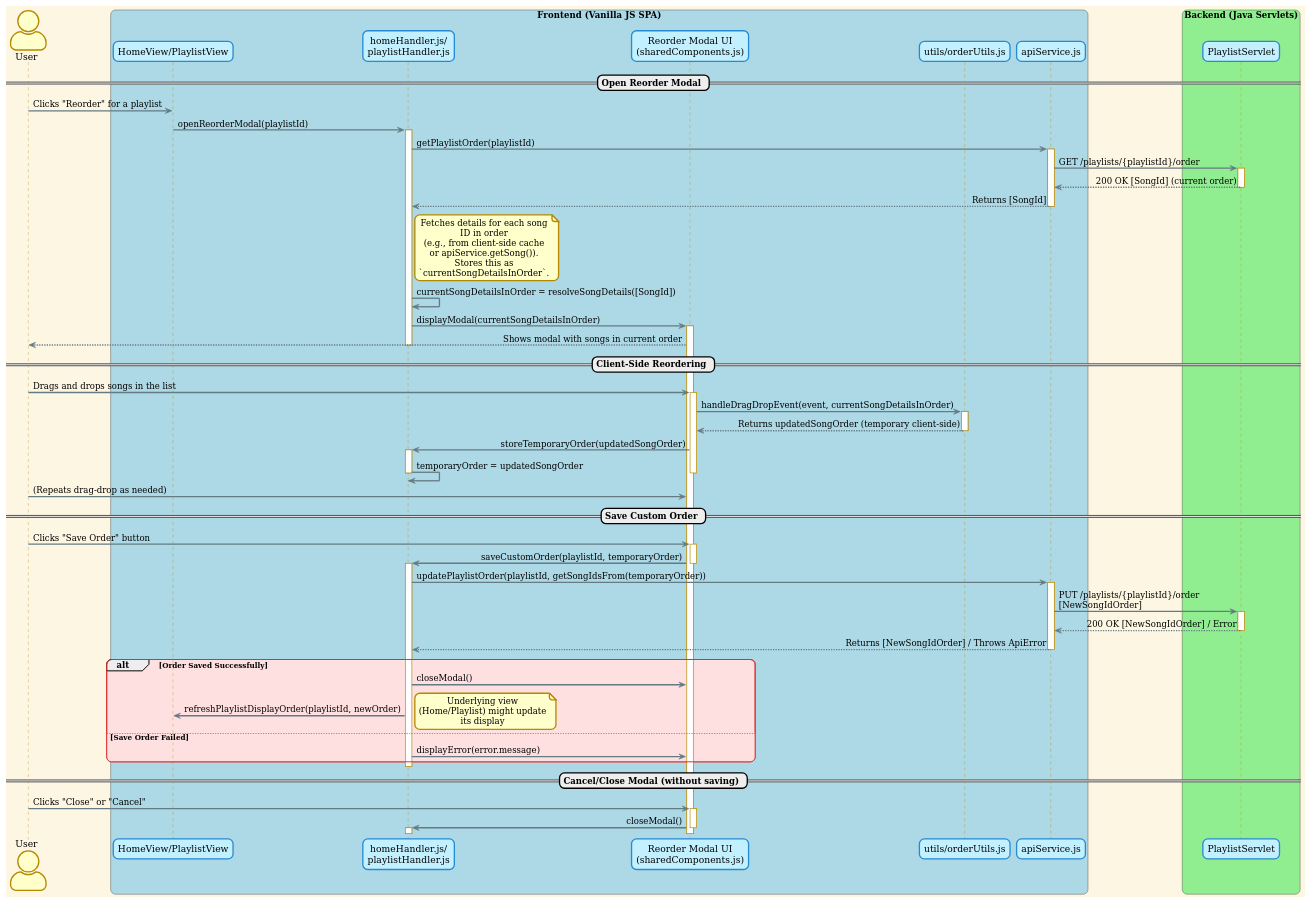
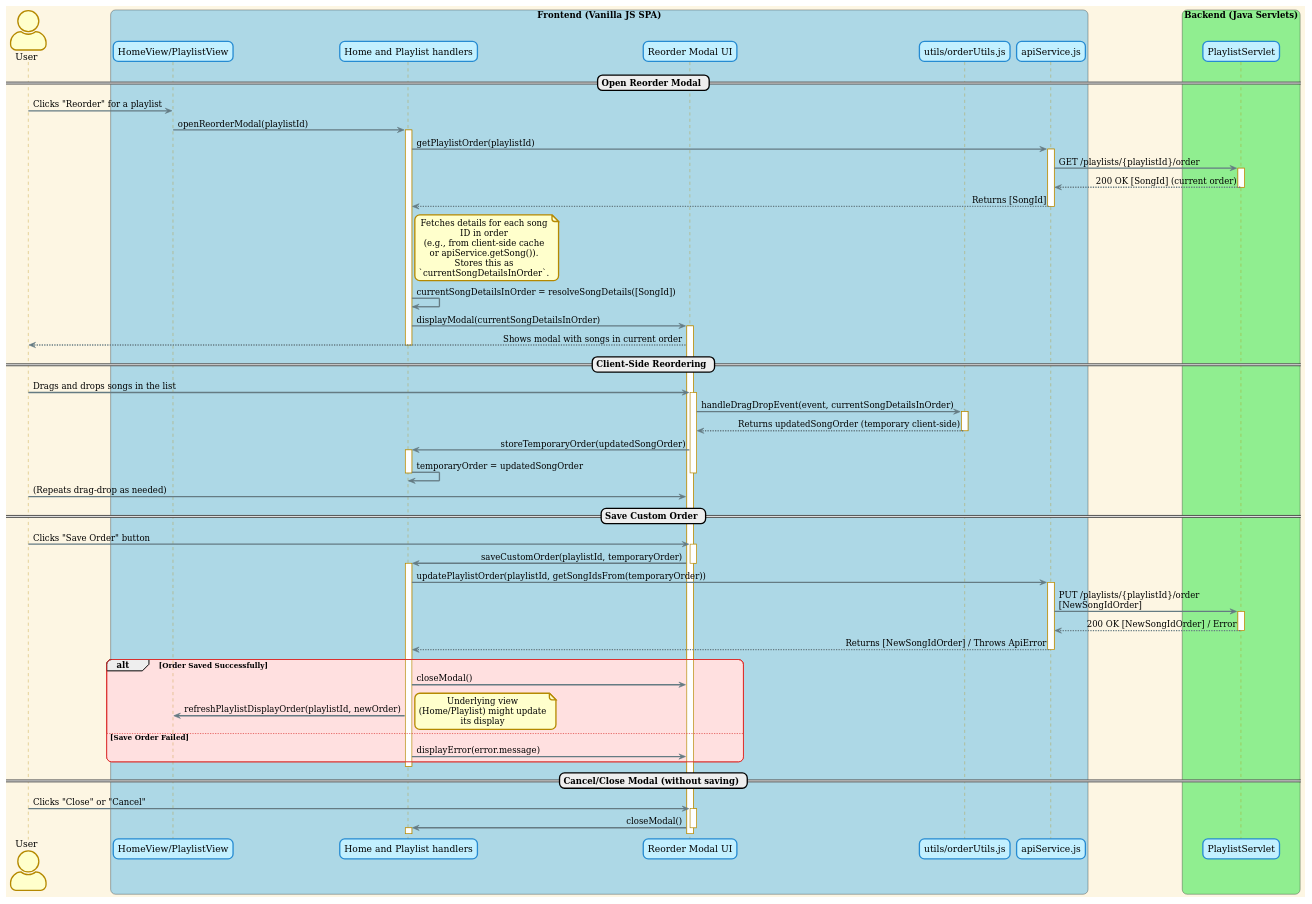
One commit to Janoww/TIW2015-spolify changed the diagram in design/asciidoc/puml/reorder_modal_flow.puml. Above: the diagram before and after it, drawn with PlantUML. The commit also changed 1 other file, not shown here.

Commit message:
docs: added high level component diagram for front end

```diff
--- a/design/asciidoc/puml/reorder_modal_flow.puml
+++ b/design/asciidoc/puml/reorder_modal_flow.puml
@@ -1,93 +1,93 @@
 @startuml
 !theme sunlust
 actor User
 
 box "Frontend (Vanilla JS SPA)" #LightBlue
   participant "HomeView/PlaylistView" as TriggerView
-  participant "homeHandler.js/\nplaylistHandler.js" as ResponsibleHandler
-  participant "Reorder Modal UI\n(sharedComponents.js)" as ReorderModal
+  participant "Home and Playlist handlers" as ResponsibleHandler
+  participant "Reorder Modal UI" as ReorderModal
   participant "utils/orderUtils.js" as OrderUtils
   participant "apiService.js" as ApiService
 end box
 
 box "Backend (Java Servlets)" #LightGreen
   participant "PlaylistServlet" as PlaylistServlet
 end box
 
 == Open Reorder Modal ==
 User -> TriggerView : Clicks "Reorder" for a playlist
 TriggerView -> ResponsibleHandler : openReorderModal(playlistId)
 activate ResponsibleHandler
 
 ResponsibleHandler -> ApiService : getPlaylistOrder(playlistId)
 activate ApiService
 ApiService -> PlaylistServlet : GET /playlists/{playlistId}/order
 activate PlaylistServlet
 PlaylistServlet --> ApiService : 200 OK [SongId] (current order)
 deactivate PlaylistServlet
 ApiService --> ResponsibleHandler : Returns [SongId]
 deactivate ApiService
 
 note right ResponsibleHandler
   Fetches details for each song ID in order
   (e.g., from client-side cache or apiService.getSong()).
   Stores this as `currentSongDetailsInOrder`.
 end note
 ResponsibleHandler -> ResponsibleHandler : currentSongDetailsInOrder = resolveSongDetails([SongId])
 
 ResponsibleHandler -> ReorderModal : displayModal(currentSongDetailsInOrder)
 activate ReorderModal
 ReorderModal --> User : Shows modal with songs in current order
 deactivate ResponsibleHandler
 
 
 == Client-Side Reordering ==
 User -> ReorderModal : Drags and drops songs in the list
 activate ReorderModal
 ReorderModal -> OrderUtils : handleDragDropEvent(event, currentSongDetailsInOrder)
 activate OrderUtils
 OrderUtils --> ReorderModal : Returns updatedSongOrder (temporary client-side)
 deactivate OrderUtils
 ReorderModal -> ResponsibleHandler : storeTemporaryOrder(updatedSongOrder)
 activate ResponsibleHandler
 ResponsibleHandler -> ResponsibleHandler : temporaryOrder = updatedSongOrder
 deactivate ResponsibleHandler
 deactivate ReorderModal
 
 User -> ReorderModal : (Repeats drag-drop as needed)
 
 == Save Custom Order ==
 User -> ReorderModal : Clicks "Save Order" button
 activate ReorderModal
 ReorderModal -> ResponsibleHandler : saveCustomOrder(playlistId, temporaryOrder)
 deactivate ReorderModal
 activate ResponsibleHandler
 
 ResponsibleHandler -> ApiService : updatePlaylistOrder(playlistId, getSongIdsFrom(temporaryOrder))
 activate ApiService
 ApiService -> PlaylistServlet : PUT /playlists/{playlistId}/order\n[NewSongIdOrder]
 activate PlaylistServlet
 PlaylistServlet --> ApiService : 200 OK [NewSongIdOrder] / Error
 deactivate PlaylistServlet
 ApiService --> ResponsibleHandler : Returns [NewSongIdOrder] / Throws ApiError
 deactivate ApiService
 
 alt Order Saved Successfully
   ResponsibleHandler -> ReorderModal : closeModal()
   ResponsibleHandler -> TriggerView : refreshPlaylistDisplayOrder(playlistId, newOrder)
   note right: Underlying view (Home/Playlist) might update its display
 else Save Order Failed
   ResponsibleHandler -> ReorderModal : displayError(error.message)
 end
 deactivate ResponsibleHandler
 
 
 == Cancel/Close Modal (without saving) ==
 User -> ReorderModal : Clicks "Close" or "Cancel"
 activate ReorderModal
 ReorderModal -> ResponsibleHandler : closeModal()
 deactivate ReorderModal
 activate ResponsibleHandler
 deactivate ResponsibleHandler
 
 @enduml
```
